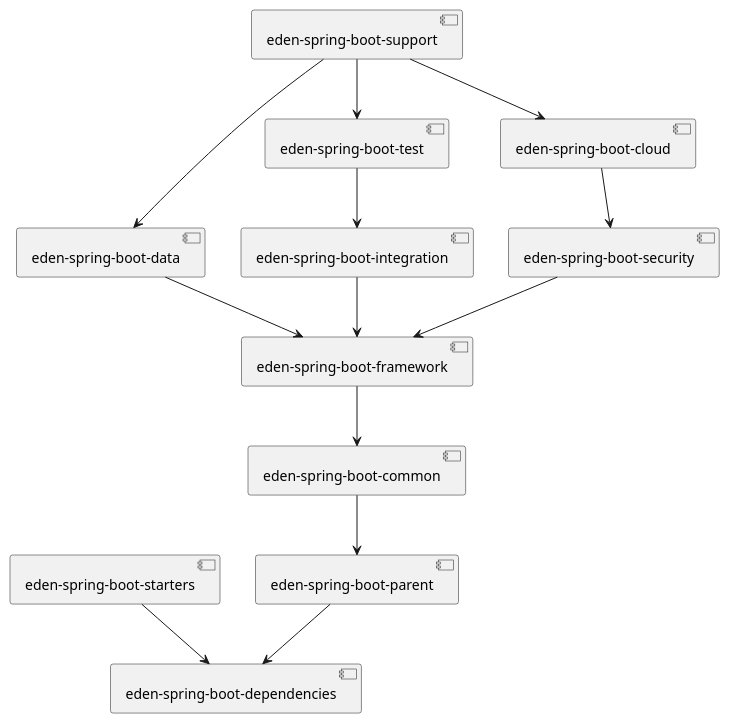
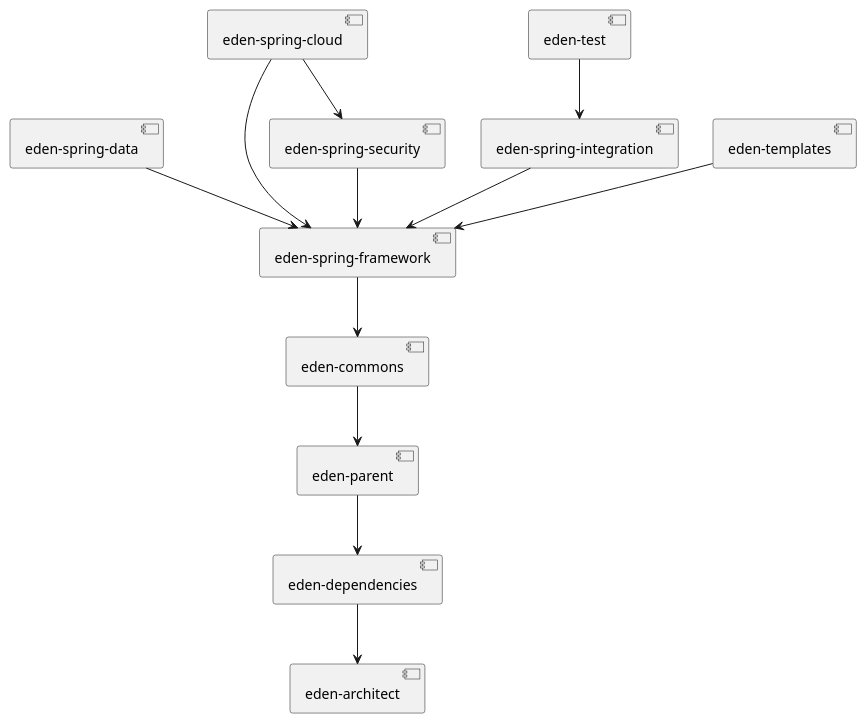
The diagram in src/docs/uml/component.puml (shiyindaxiaojie/eden-architect), drawn with PlantUML before and after one commit. The commit also changed 1372 other files, not shown here.

```diff
--- a/src/docs/uml/component.puml
+++ b/src/docs/uml/component.puml
@@ -1,14 +1,13 @@
 @startuml
-[eden-spring-boot-parent] --> [eden-spring-boot-dependencies]
-[eden-spring-boot-common] --> [eden-spring-boot-parent]
-[eden-spring-boot-framework] --> [eden-spring-boot-common]
-[eden-spring-boot-data] --> [eden-spring-boot-framework]
-[eden-spring-boot-security] --> [eden-spring-boot-framework]
-[eden-spring-boot-integration] --> [eden-spring-boot-framework]
-[eden-spring-boot-test] --> [eden-spring-boot-integration]
-[eden-spring-boot-cloud] --> [eden-spring-boot-security]
-[eden-spring-boot-support] --> [eden-spring-boot-data]
-[eden-spring-boot-support] --> [eden-spring-boot-cloud]
-[eden-spring-boot-support] --> [eden-spring-boot-test]
-[eden-spring-boot-starters] --> [eden-spring-boot-dependencies]
+[eden-dependencies] --> [eden-architect]
+[eden-parent] --> [eden-dependencies]
+[eden-commons] --> [eden-parent]
+[eden-spring-framework] --> [eden-commons]
+[eden-spring-data] --> [eden-spring-framework]
+[eden-spring-security] --> [eden-spring-framework]
+[eden-spring-integration] --> [eden-spring-framework]
+[eden-test] --> [eden-spring-integration]
+[eden-spring-cloud] --> [eden-spring-framework]
+[eden-spring-cloud] --> [eden-spring-security]
+[eden-templates] --> [eden-spring-framework]
 @enduml
```
